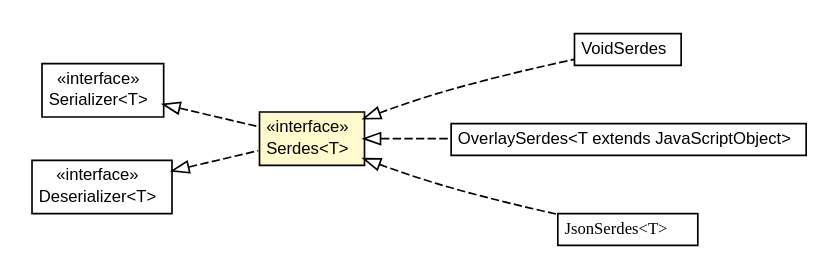
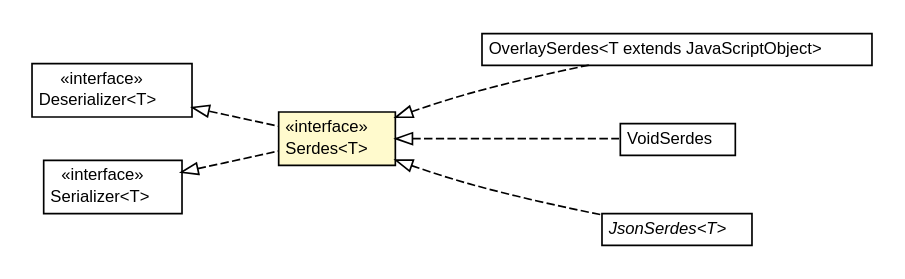
Before and after one commit to growbit/turbogwt-core: the diagram in javadoc/apidocs/org/turbogwt/core/http/client/serialization/Serdes.dot, drawn with Graphviz. The commit also changed 275 other files, not shown here.

```diff
--- a/javadoc/apidocs/org/turbogwt/core/http/client/serialization/Serdes.dot
+++ b/javadoc/apidocs/org/turbogwt/core/http/client/serialization/Serdes.dot
@@ -1,62 +1,62 @@
 #!/usr/local/bin/dot
 #
 # Class diagram 
 # Generated by UMLGraph version R5_6-24-gf6e263 (http://www.umlgraph.org/)
 #
 
 digraph G {
-	edge [fontname="arial",fontsize=10,labelfontname="arial",labelfontsize=10];
-	node [fontname="arial",fontsize=10,shape=plaintext];
+	edge [fontname="Helvetica",fontsize=10,labelfontname="Helvetica",labelfontsize=10];
+	node [fontname="Helvetica",fontsize=10,shape=plaintext];
 	nodesep=0.25;
 	ranksep=0.5;
 	rankdir=LR;
+	// org.turbogwt.core.http.client.serialization.OverlaySerdes<T extends com.google.gwt.core.client.JavaScriptObject>
+	c4450 [label=<<table title="org.turbogwt.core.http.client.serialization.OverlaySerdes" border="0" cellborder="1" cellspacing="0" cellpadding="2" port="p" href="./OverlaySerdes.html">
+		<tr><td><table border="0" cellspacing="0" cellpadding="1">
+<tr><td align="center" balign="center"> OverlaySerdes&lt;T extends JavaScriptObject&gt; </td></tr>
+		</table></td></tr>
+		</table>>, URL="./OverlaySerdes.html", fontname="Helvetica", fontcolor="black", fontsize=10.0];
 	// org.turbogwt.core.http.client.serialization.VoidSerdes
-	c3210 [label=<<table title="org.turbogwt.core.http.client.serialization.VoidSerdes" border="0" cellborder="1" cellspacing="0" cellpadding="2" port="p" href="./VoidSerdes.html">
+	c4452 [label=<<table title="org.turbogwt.core.http.client.serialization.VoidSerdes" border="0" cellborder="1" cellspacing="0" cellpadding="2" port="p" href="./VoidSerdes.html">
 		<tr><td><table border="0" cellspacing="0" cellpadding="1">
 <tr><td align="center" balign="center"> VoidSerdes </td></tr>
 		</table></td></tr>
-		</table>>, URL="./VoidSerdes.html", fontname="arial", fontcolor="black", fontsize=10.0];
+		</table>>, URL="./VoidSerdes.html", fontname="Helvetica", fontcolor="black", fontsize=10.0];
+	// org.turbogwt.core.http.client.serialization.JsonSerdes<T>
+	c4456 [label=<<table title="org.turbogwt.core.http.client.serialization.JsonSerdes" border="0" cellborder="1" cellspacing="0" cellpadding="2" port="p" href="./JsonSerdes.html">
+		<tr><td><table border="0" cellspacing="0" cellpadding="1">
+<tr><td align="center" balign="center"><font face="Helvetica-Oblique"> JsonSerdes&lt;T&gt; </font></td></tr>
+		</table></td></tr>
+		</table>>, URL="./JsonSerdes.html", fontname="Helvetica", fontcolor="black", fontsize=10.0];
+	// org.turbogwt.core.http.client.serialization.Serdes<T>
+	c4462 [label=<<table title="org.turbogwt.core.http.client.serialization.Serdes" border="0" cellborder="1" cellspacing="0" cellpadding="2" port="p" bgcolor="lemonChiffon" href="./Serdes.html">
+		<tr><td><table border="0" cellspacing="0" cellpadding="1">
+<tr><td align="center" balign="center"> &#171;interface&#187; </td></tr>
+<tr><td align="center" balign="center"> Serdes&lt;T&gt; </td></tr>
+		</table></td></tr>
+		</table>>, URL="./Serdes.html", fontname="Helvetica", fontcolor="black", fontsize=10.0];
+	// org.turbogwt.core.http.client.serialization.Deserializer<T>
+	c4463 [label=<<table title="org.turbogwt.core.http.client.serialization.Deserializer" border="0" cellborder="1" cellspacing="0" cellpadding="2" port="p" href="./Deserializer.html">
+		<tr><td><table border="0" cellspacing="0" cellpadding="1">
+<tr><td align="center" balign="center"> &#171;interface&#187; </td></tr>
+<tr><td align="center" balign="center"> Deserializer&lt;T&gt; </td></tr>
+		</table></td></tr>
+		</table>>, URL="./Deserializer.html", fontname="Helvetica", fontcolor="black", fontsize=10.0];
 	// org.turbogwt.core.http.client.serialization.Serializer<T>
-	c3213 [label=<<table title="org.turbogwt.core.http.client.serialization.Serializer" border="0" cellborder="1" cellspacing="0" cellpadding="2" port="p" href="./Serializer.html">
+	c4464 [label=<<table title="org.turbogwt.core.http.client.serialization.Serializer" border="0" cellborder="1" cellspacing="0" cellpadding="2" port="p" href="./Serializer.html">
 		<tr><td><table border="0" cellspacing="0" cellpadding="1">
 <tr><td align="center" balign="center"> &#171;interface&#187; </td></tr>
 <tr><td align="center" balign="center"> Serializer&lt;T&gt; </td></tr>
 		</table></td></tr>
-		</table>>, URL="./Serializer.html", fontname="arial", fontcolor="black", fontsize=10.0];
-	// org.turbogwt.core.http.client.serialization.Serdes<T>
-	c3217 [label=<<table title="org.turbogwt.core.http.client.serialization.Serdes" border="0" cellborder="1" cellspacing="0" cellpadding="2" port="p" bgcolor="lemonChiffon" href="./Serdes.html">
-		<tr><td><table border="0" cellspacing="0" cellpadding="1">
-<tr><td align="center" balign="center"> &#171;interface&#187; </td></tr>
-<tr><td align="center" balign="center"> Serdes&lt;T&gt; </td></tr>
-		</table></td></tr>
-		</table>>, URL="./Serdes.html", fontname="arial", fontcolor="black", fontsize=10.0];
-	// org.turbogwt.core.http.client.serialization.OverlaySerdes<T extends com.google.gwt.core.client.JavaScriptObject>
-	c3218 [label=<<table title="org.turbogwt.core.http.client.serialization.OverlaySerdes" border="0" cellborder="1" cellspacing="0" cellpadding="2" port="p" href="./OverlaySerdes.html">
-		<tr><td><table border="0" cellspacing="0" cellpadding="1">
-<tr><td align="center" balign="center"> OverlaySerdes&lt;T extends JavaScriptObject&gt; </td></tr>
-		</table></td></tr>
-		</table>>, URL="./OverlaySerdes.html", fontname="arial", fontcolor="black", fontsize=10.0];
-	// org.turbogwt.core.http.client.serialization.JsonSerdes<T>
-	c3221 [label=<<table title="org.turbogwt.core.http.client.serialization.JsonSerdes" border="0" cellborder="1" cellspacing="0" cellpadding="2" port="p" href="./JsonSerdes.html">
-		<tr><td><table border="0" cellspacing="0" cellpadding="1">
-<tr><td align="center" balign="center"><font face="arial italic"> JsonSerdes&lt;T&gt; </font></td></tr>
-		</table></td></tr>
-		</table>>, URL="./JsonSerdes.html", fontname="arial", fontcolor="black", fontsize=10.0];
-	// org.turbogwt.core.http.client.serialization.Deserializer<T>
-	c3227 [label=<<table title="org.turbogwt.core.http.client.serialization.Deserializer" border="0" cellborder="1" cellspacing="0" cellpadding="2" port="p" href="./Deserializer.html">
-		<tr><td><table border="0" cellspacing="0" cellpadding="1">
-<tr><td align="center" balign="center"> &#171;interface&#187; </td></tr>
-<tr><td align="center" balign="center"> Deserializer&lt;T&gt; </td></tr>
-		</table></td></tr>
-		</table>>, URL="./Deserializer.html", fontname="arial", fontcolor="black", fontsize=10.0];
+		</table>>, URL="./Serializer.html", fontname="Helvetica", fontcolor="black", fontsize=10.0];
+	//org.turbogwt.core.http.client.serialization.OverlaySerdes<T extends com.google.gwt.core.client.JavaScriptObject> implements org.turbogwt.core.http.client.serialization.Serdes<T>
+	c4462:p -> c4450:p [dir=back,arrowtail=empty,style=dashed];
 	//org.turbogwt.core.http.client.serialization.VoidSerdes implements org.turbogwt.core.http.client.serialization.Serdes<T>
-	c3217:p -> c3210:p [dir=back,arrowtail=empty,style=dashed];
+	c4462:p -> c4452:p [dir=back,arrowtail=empty,style=dashed];
+	//org.turbogwt.core.http.client.serialization.JsonSerdes<T> implements org.turbogwt.core.http.client.serialization.Serdes<T>
+	c4462:p -> c4456:p [dir=back,arrowtail=empty,style=dashed];
 	//org.turbogwt.core.http.client.serialization.Serdes<T> implements org.turbogwt.core.http.client.serialization.Deserializer<T>
-	c3227:p -> c3217:p [dir=back,arrowtail=empty,style=dashed];
+	c4463:p -> c4462:p [dir=back,arrowtail=empty,style=dashed];
 	//org.turbogwt.core.http.client.serialization.Serdes<T> implements org.turbogwt.core.http.client.serialization.Serializer<T>
-	c3213:p -> c3217:p [dir=back,arrowtail=empty,style=dashed];
-	//org.turbogwt.core.http.client.serialization.OverlaySerdes<T extends com.google.gwt.core.client.JavaScriptObject> implements org.turbogwt.core.http.client.serialization.Serdes<T>
-	c3217:p -> c3218:p [dir=back,arrowtail=empty,style=dashed];
-	//org.turbogwt.core.http.client.serialization.JsonSerdes<T> implements org.turbogwt.core.http.client.serialization.Serdes<T>
-	c3217:p -> c3221:p [dir=back,arrowtail=empty,style=dashed];
+	c4464:p -> c4462:p [dir=back,arrowtail=empty,style=dashed];
 }
```
